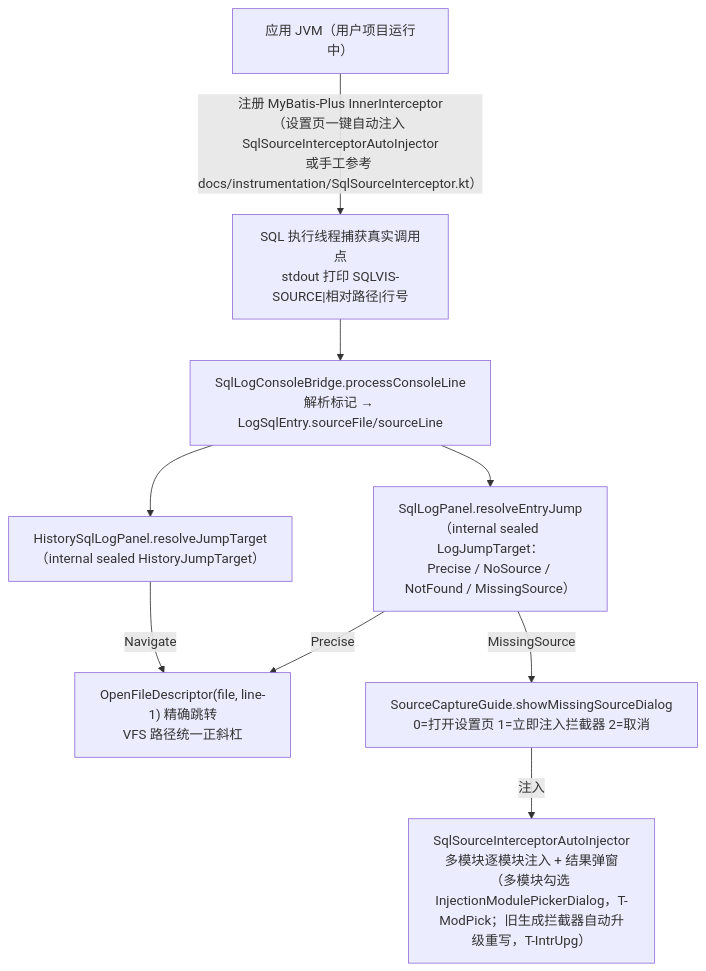
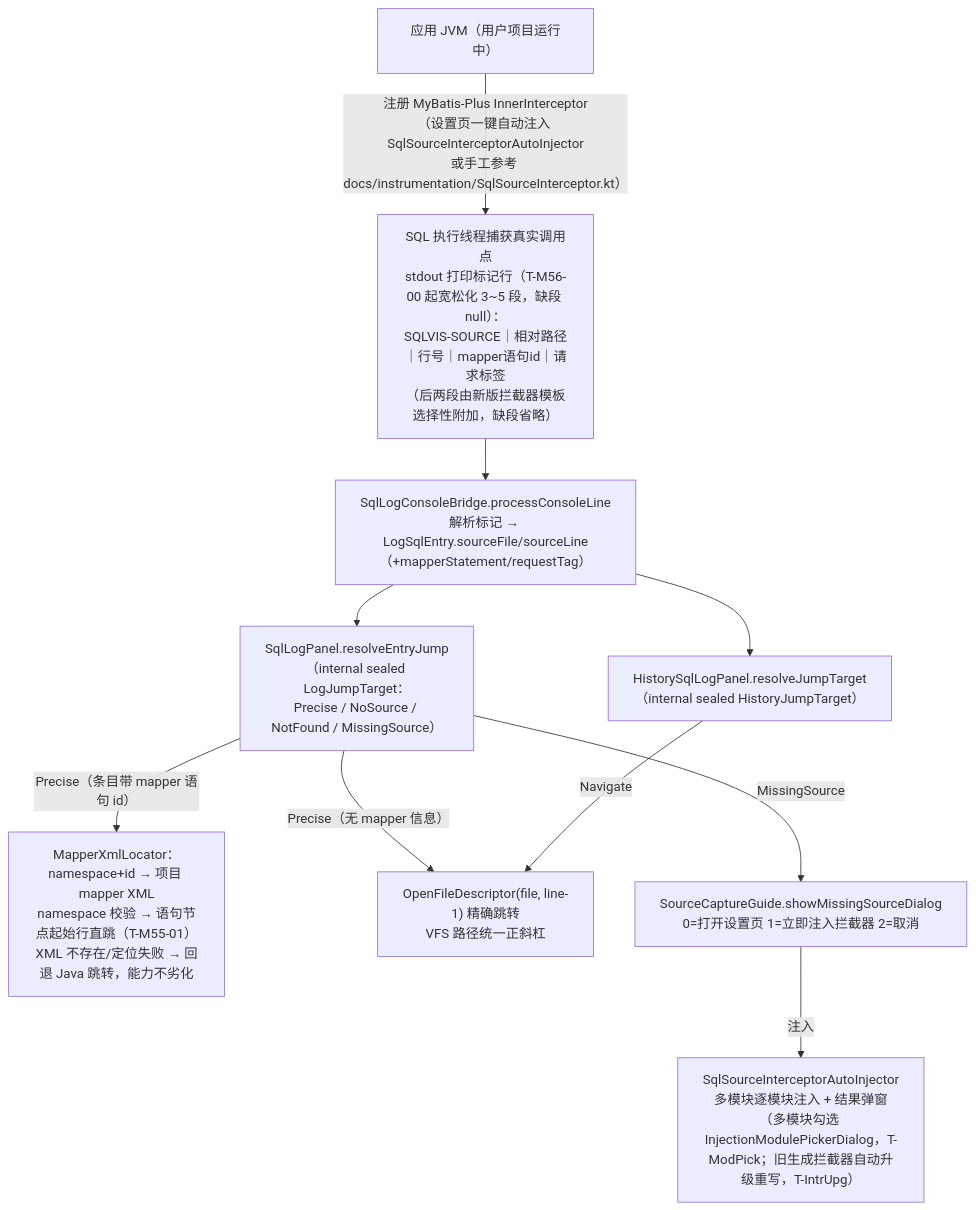
Diagram 12 of 17 in docs/架构设计/02-核心流程详解.md (JayF211/mybatis-plus-sql-visualizer), drawn with Mermaid before and after one commit. The commit also changed other lines of this file and 2 other files, not shown here.

````diff
--- a/docs/架构设计/02-核心流程详解.md
+++ b/docs/架构设计/02-核心流程详解.md
@@ -477,11 +497,12 @@
 ```mermaid
 flowchart TD
-    APP["应用 JVM（用户项目运行中）"] -->|"注册 MyBatis-Plus InnerInterceptor<br/>（设置页一键自动注入 SqlSourceInterceptorAutoInjector<br/>或手工参考 docs/instrumentation/SqlSourceInterceptor.kt）"| MARK["SQL 执行线程捕获真实调用点<br/>stdout 打印 SQLVIS-SOURCE|相对路径|行号"]
-    MARK --> BRIDGE["SqlLogConsoleBridge.processConsoleLine<br/>解析标记 → LogSqlEntry.sourceFile/sourceLine"]
+    APP["应用 JVM（用户项目运行中）"] -->|"注册 MyBatis-Plus InnerInterceptor<br/>（设置页一键自动注入 SqlSourceInterceptorAutoInjector<br/>或手工参考 docs/instrumentation/SqlSourceInterceptor.kt）"| MARK["SQL 执行线程捕获真实调用点<br/>stdout 打印标记行（T-M56-00 起宽松化 3~5 段，缺段 null）：<br/>SQLVIS-SOURCE｜相对路径｜行号｜mapper语句id｜请求标签<br/>（后两段由新版拦截器模板选择性附加，缺段省略）"]
+    MARK --> BRIDGE["SqlLogConsoleBridge.processConsoleLine<br/>解析标记 → LogSqlEntry.sourceFile/sourceLine<br/>（+mapperStatement/requestTag）"]
     BRIDGE --> P1["SqlLogPanel.resolveEntryJump（internal sealed LogJumpTarget：<br/>Precise / NoSource / NotFound / MissingSource）"]
     BRIDGE --> H1["HistorySqlLogPanel.resolveJumpTarget（internal sealed HistoryJumpTarget）"]
-    P1 -->|"Precise"| J["OpenFileDescriptor(file, line-1) 精确跳转<br/>VFS 路径统一正斜杠"]
+    P1 -->|"Precise（条目带 mapper 语句 id）"| X["MapperXmlLocator：namespace+id → 项目 mapper XML<br/>namespace 校验 → 语句节点起始行直跳（T-M55-01）<br/>XML 不存在/定位失败 → 回退 Java 跳转，能力不劣化"]
+    P1 -->|"Precise（无 mapper 信息）"| J["OpenFileDescriptor(file, line-1) 精确跳转<br/>VFS 路径统一正斜杠"]
     H1 -->|"Navigate"| J
     P1 -->|"MissingSource"| G["SourceCaptureGuide.showMissingSourceDialog<br/>0=打开设置页 1=立即注入拦截器 2=取消"]
     G -->|"注入"| INJ["SqlSourceInterceptorAutoInjector<br/>多模块逐模块注入 + 结果弹窗（多模块勾选 InjectionModulePickerDialog，T-ModPick；旧生成拦截器自动升级重写，T-IntrUpg）"]
 ```
````
